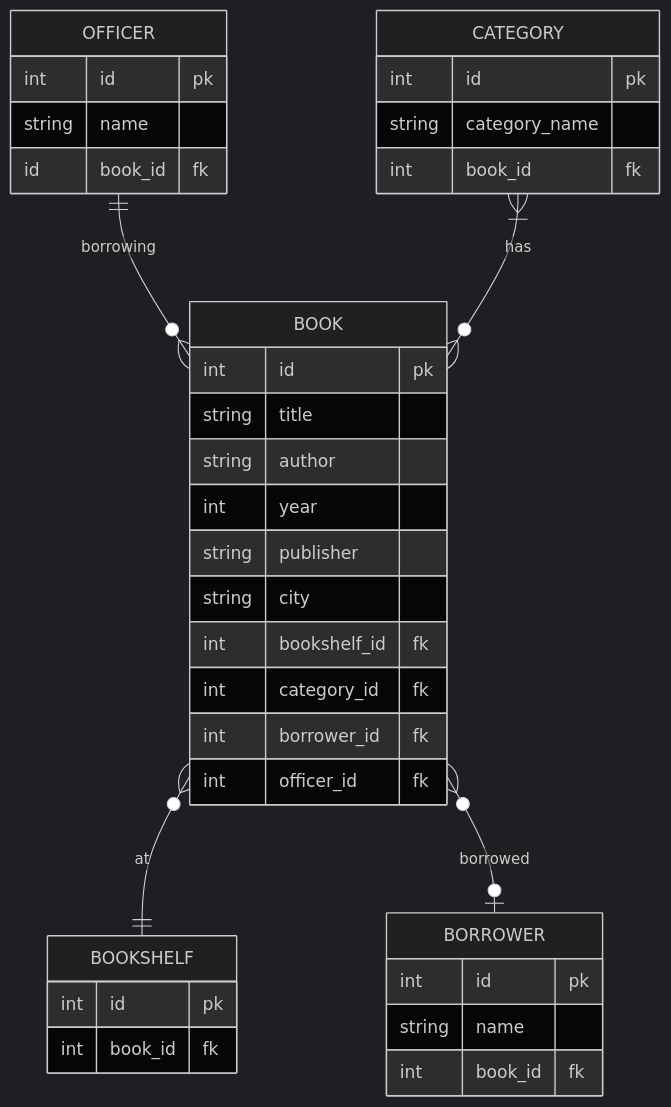
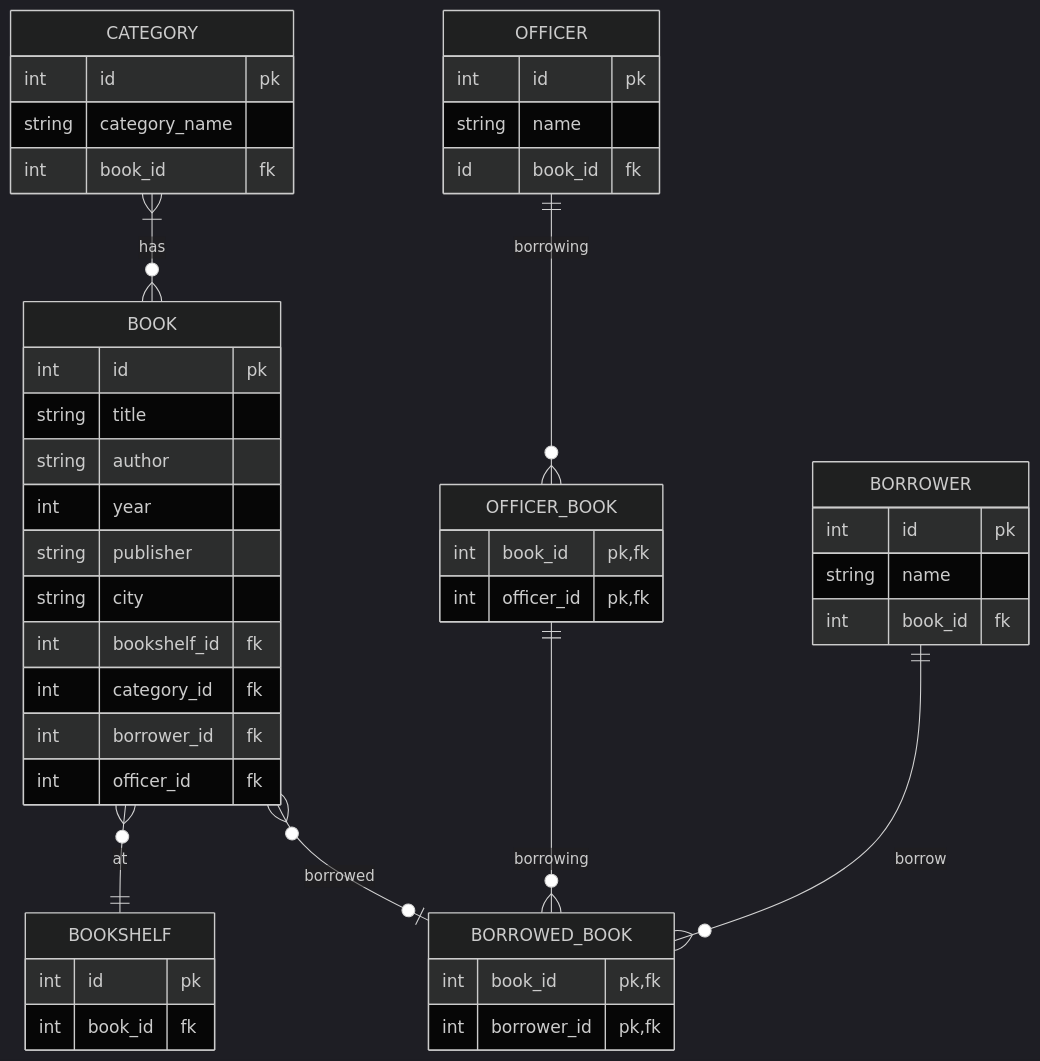
Before and after one commit to Arif14377/koda-b6-db1: the diagram in README.md, drawn with Mermaid (dark theme).

Commit message:
feat: add borrowed_book table to normalize

````diff
--- a/README.md
+++ b/README.md
@@ -1,43 +1,55 @@
 ```mermaid
     erDiagram
         BOOK }o--|| BOOKSHELF : at
-        BOOK }o--o| BORROWER : borrowed
         BOOK {
             int id pk
             string title
             string author
             int year
             string publisher
             string city
             int bookshelf_id fk
             int category_id fk
             int borrower_id fk
             int officer_id fk
         }
 
 
+        BOOK }o--o| BORROWED_BOOK : borrowed
+        BORROWED_BOOK {
+            int book_id pk, fk
+            int borrower_id pk, fk
+        }
+
+        OFFICER_BOOK ||--o{ BORROWED_BOOK : borrowing
+        OFFICER_BOOK {
+            int book_id pk, fk
+            int officer_id pk, fk
+        }
+
         BOOKSHELF {
             int id pk
             int book_id fk
         }
 
-        OFFICER ||--o{ BOOK : borrowing
+        OFFICER ||--o{ OFFICER_BOOK : borrowing
         OFFICER {
             int id pk
             string name
             id book_id fk
         }
 
+        BORROWER ||--o{ BORROWED_BOOK : borrow
         BORROWER {
             int id pk
             string name
             int book_id fk
         }
 
         CATEGORY }|--o{ BOOK : has
         CATEGORY {
             int id pk
             string category_name
             int book_id fk
         }
 ```
````
